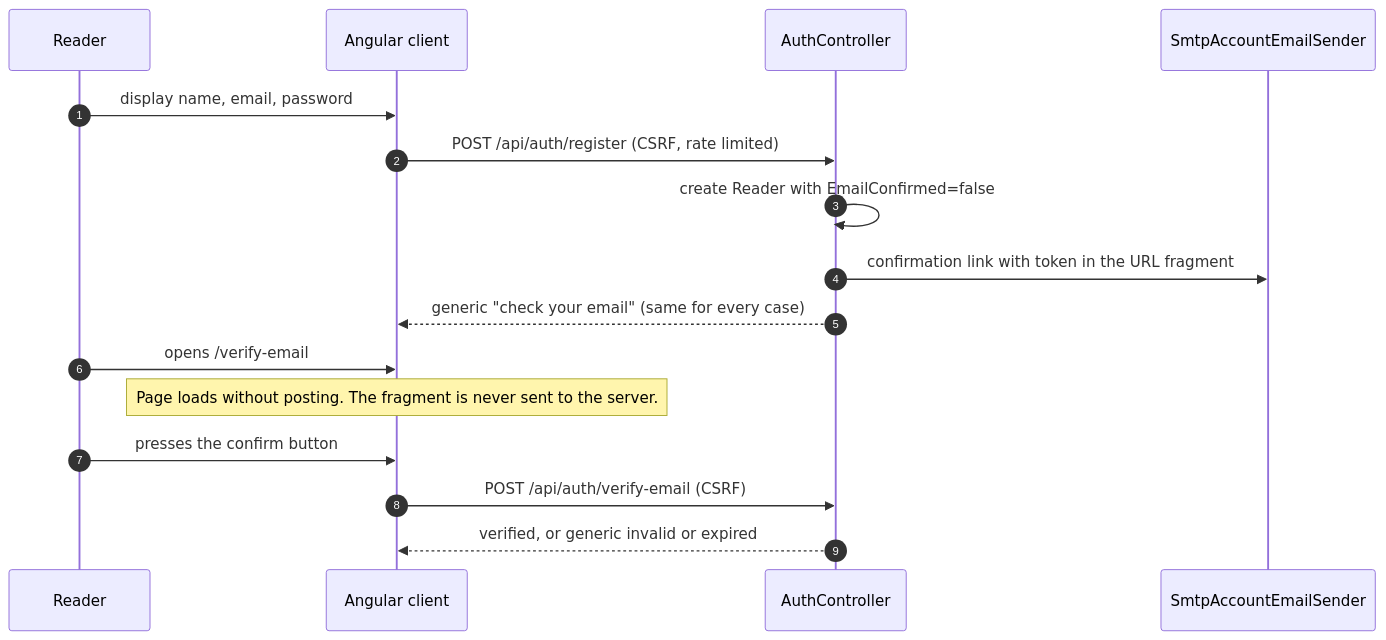
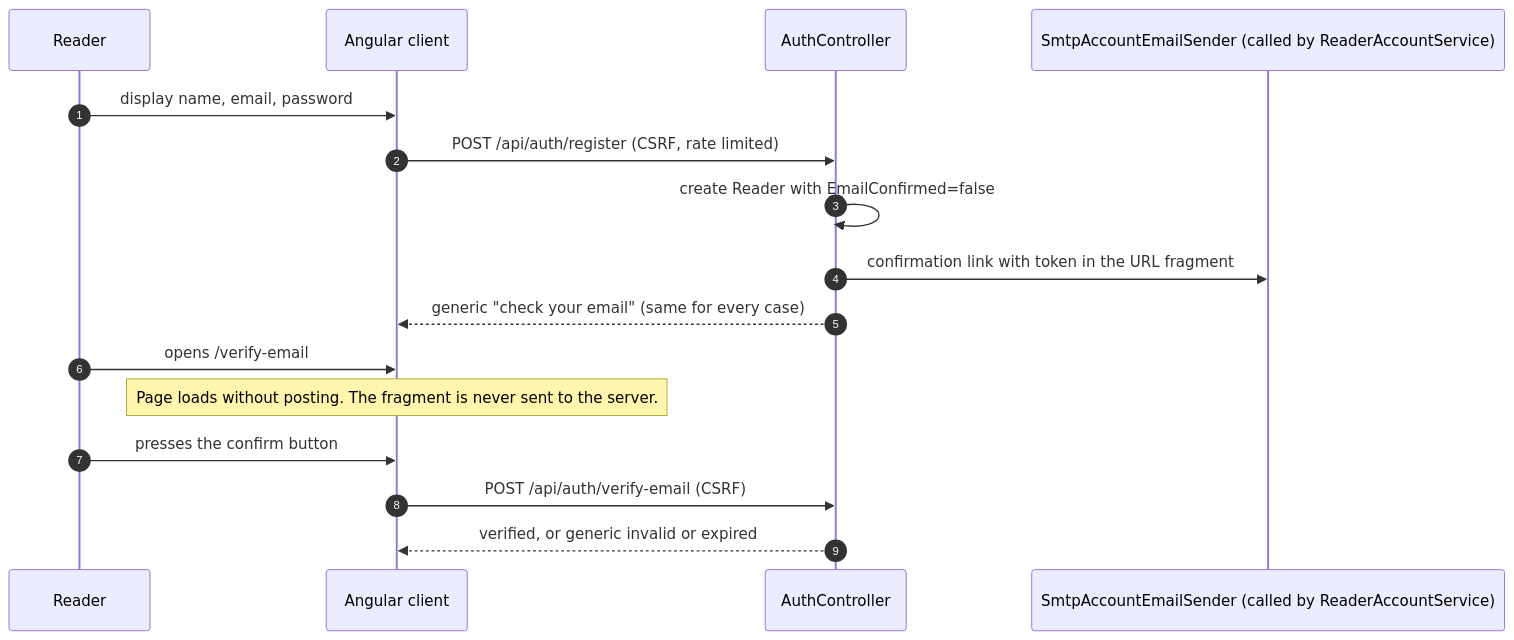
The seventh of 9 diagrams in Docs/architecture.md (GucciVanin/goosevaninWebsite), drawn with Mermaid before and after one commit. The commit also changed other lines of this file and 14 other files, not shown here.

````diff
--- a/Docs/architecture.md
+++ b/Docs/architecture.md
@@ -346,19 +347,19 @@
 ```mermaid
 sequenceDiagram
     autonumber
     participant R as Reader
     participant B as Angular client
     participant A as AuthController
-    participant M as SmtpAccountEmailSender
+    participant M as SmtpAccountEmailSender (called by ReaderAccountService)
 
     R->>B: display name, email, password
     B->>A: POST /api/auth/register (CSRF, rate limited)
     A->>A: create Reader with EmailConfirmed=false
     A->>M: confirmation link with token in the URL fragment
     A-->>B: generic "check your email" (same for every case)
     R->>B: opens /verify-email#userId=...&token=...
     Note over B: Page loads without posting. The fragment is never sent to the server.
     R->>B: presses the confirm button
     B->>A: POST /api/auth/verify-email (CSRF)
     A-->>B: verified, or generic invalid or expired
 ```
````
